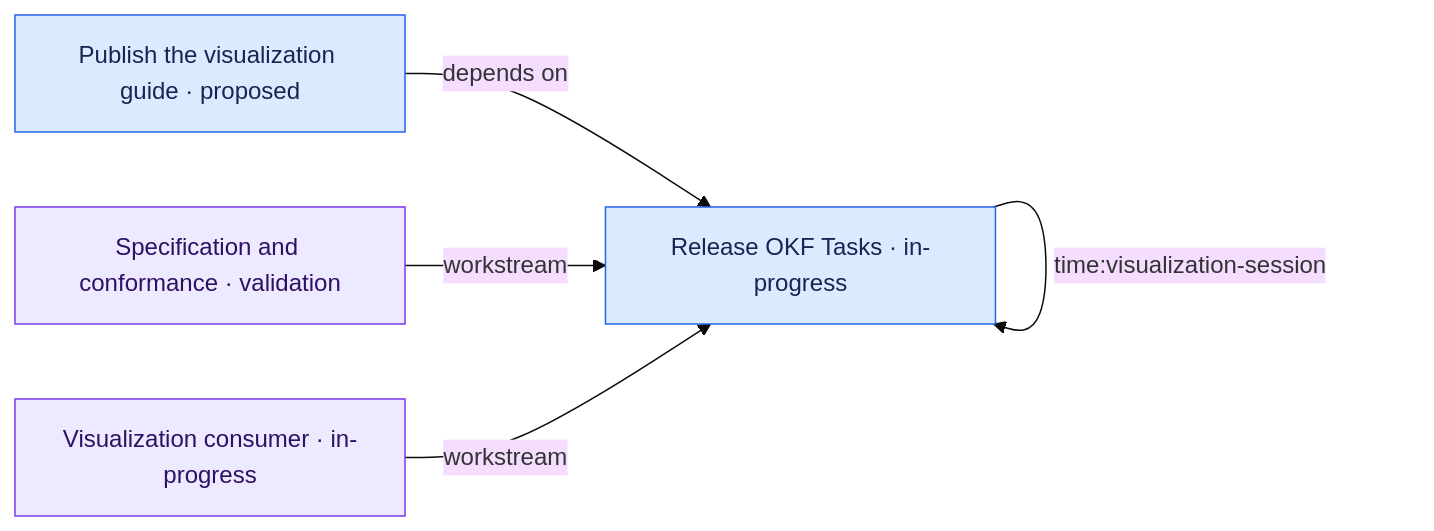
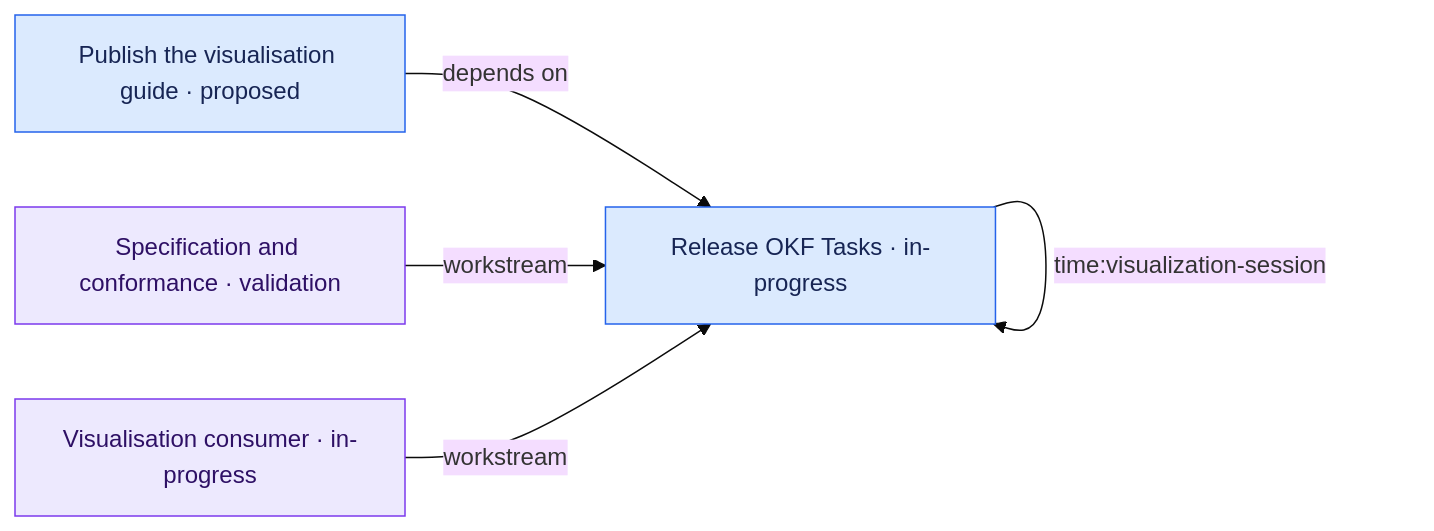
Before and after one commit to polaralias/okf-tasks: the second of 3 diagrams in docs/VISUALIZATION.md, drawn with Mermaid (base theme). The commit also changed other lines of this file and 208 other files, not shown here.

````diff
--- a/docs/VISUALIZATION.md
+++ b/docs/VISUALIZATION.md
@@ -21,16 +21,16 @@
 ```mermaid
 flowchart LR
-    n0["Publish the visualization guide · proposed"]:::task
+    n0["Publish the visualisation guide · proposed"]:::task
     n1["Release OKF Tasks · in-progress"]:::task
     n2["Specification and conformance · validation"]:::workstream
-    n3["Visualization consumer · in-progress"]:::workstream
+    n3["Visualisation consumer · in-progress"]:::workstream
     n0 -->|depends on| n1
     n1 -->|time:visualization-session| n1
     n2 -->|workstream| n1
     n3 -->|workstream| n1
     classDef task fill:#dbeafe,stroke:#2563eb,color:#172554
     classDef workstream fill:#ede9fe,stroke:#7c3aed,color:#2e1065
     classDef tracker fill:#ffedd5,stroke:#ea580c,color:#431407
     classDef knowledge fill:#dcfce7,stroke:#16a34a,color:#052e16
     classDef boundary fill:#f8fafc,stroke:#64748b,color:#0f172a,stroke-dasharray:4 3
 ```
````
